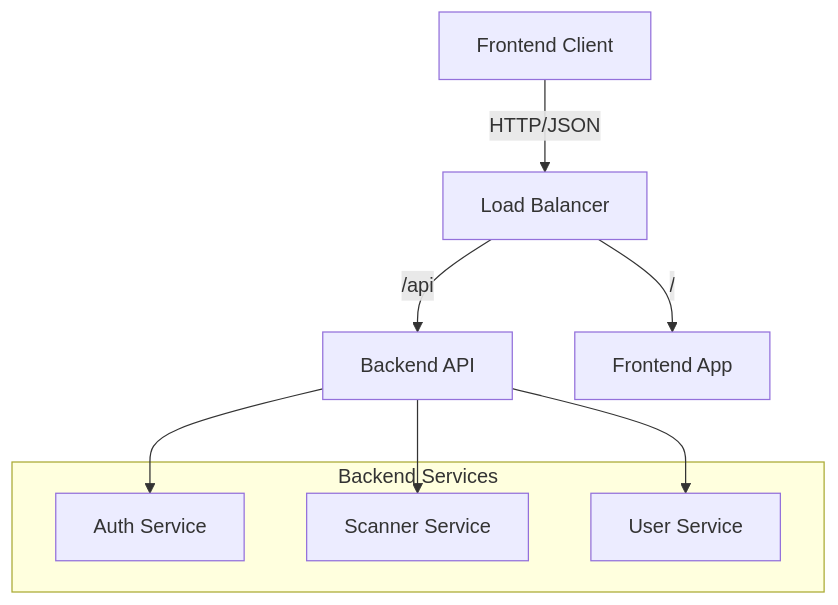
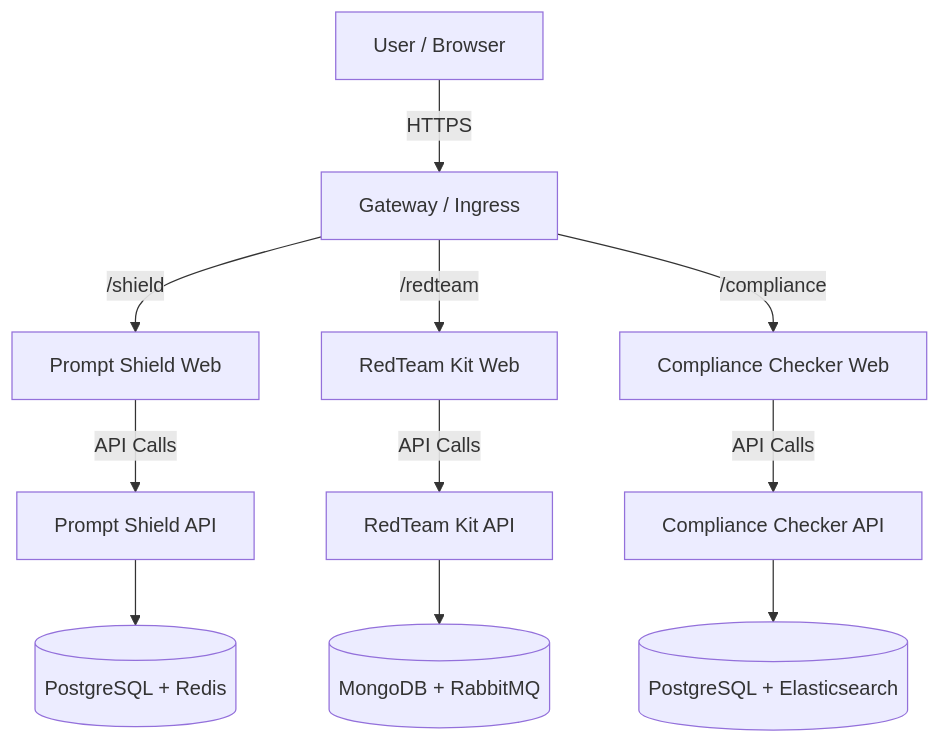
Before and after one commit to apireaisecurity/apire-ai-security-platform: the diagram in docs/ARCHITECTURE.md, drawn with Mermaid. The commit also changed other lines of this file and 3 other files, not shown here.

````diff
--- a/docs/ARCHITECTURE.md
+++ b/docs/ARCHITECTURE.md
@@ -7,16 +7,16 @@
 ```mermaid
 graph TD
-    Client[Frontend Client] -->|HTTP/JSON| LB[Load Balancer]
-    LB -->|/api| Backend[Backend API]
-    LB -->|/| Frontend[Frontend App]
-
-    subgraph Backend Services
-        Auth[Auth Service]
-        Scanner[Scanner Service]
-        User[User Service]
-    end
-
-    Backend --> Auth
-    Backend --> Scanner
-    Backend --> User
+    Client[User / Browser] -->|HTTPS| Gateway[Gateway / Ingress]
+    
+    Gateway -->|/shield| ShieldWeb[Prompt Shield Web]
+    Gateway -->|/redteam| RedTeamWeb[RedTeam Kit Web]
+    Gateway -->|/compliance| ComplianceWeb[Compliance Checker Web]
+    
+    ShieldWeb -->|API Calls| ShieldAPI[Prompt Shield API]
+    RedTeamWeb -->|API Calls| RedTeamAPI[RedTeam Kit API]
+    ComplianceWeb -->|API Calls| ComplianceAPI[Compliance Checker API]
+    
+    ShieldAPI --> ShieldDB[(PostgreSQL + Redis)]
+    RedTeamAPI --> RedTeamDB[(MongoDB + RabbitMQ)]
+    ComplianceAPI --> ComplianceDB[(PostgreSQL + Elasticsearch)]
 ```
````
